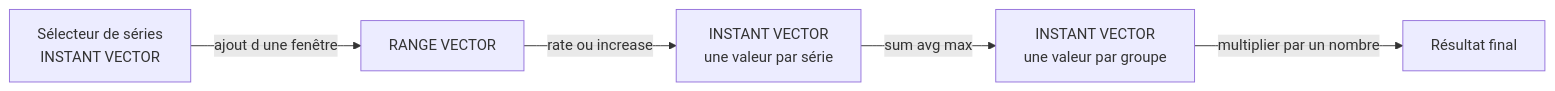
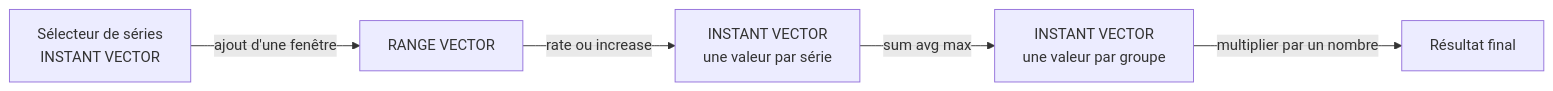
The diagram in courses/grafana/07_premieres_requetes_promql.md (Gooseppr/GevOps_LC), drawn with Mermaid before and after one commit. The commit also changed 56 other files, not shown here.

````diff
--- a/courses/grafana/07_premieres_requetes_promql.md
+++ b/courses/grafana/07_premieres_requetes_promql.md
@@ -70,7 +70,7 @@
 ```mermaid
 flowchart LR
-    A[Sélecteur de séries<br/>INSTANT VECTOR] -->|ajout d une fenêtre| B[RANGE VECTOR]
+    A[Sélecteur de séries<br/>INSTANT VECTOR] -->|ajout d'une fenêtre| B[RANGE VECTOR]
     B -->|rate ou increase| C[INSTANT VECTOR<br/>une valeur par série]
     C -->|sum avg max| D[INSTANT VECTOR<br/>une valeur par groupe]
     D -->|multiplier par un nombre| E[Résultat final]
 ```
````
